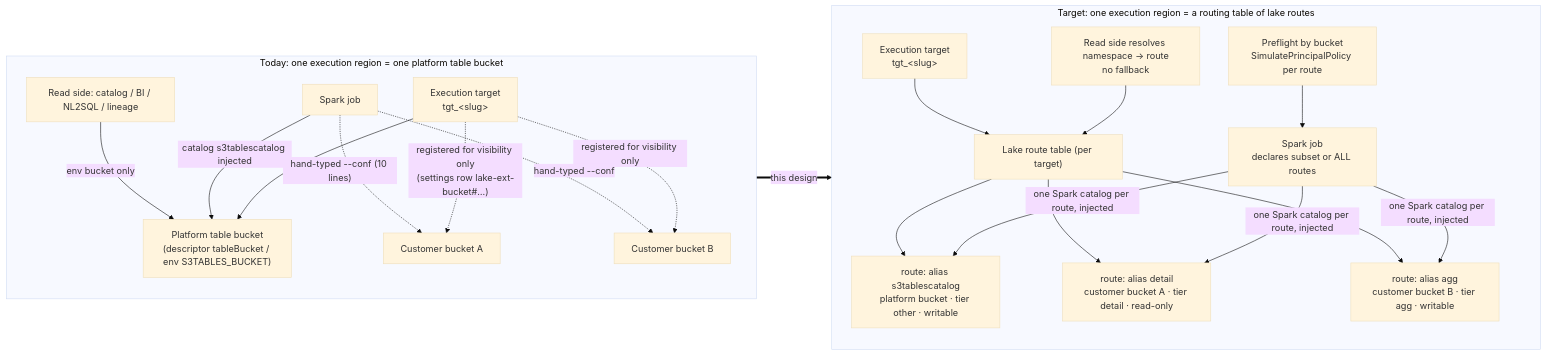
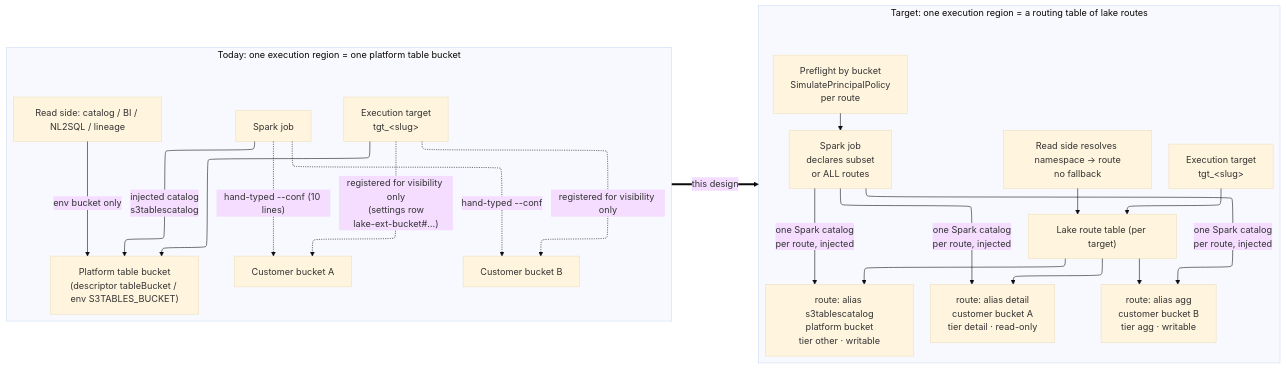
Before and after one commit to aws-samples/sample-kingfisher: the diagram in docs/diagrams/src/lake-binding-current-vs-target.mmd, drawn with Mermaid (base theme). The commit also changed 95 other files, not shown here.

```diff
--- a/docs/diagrams/src/lake-binding-current-vs-target.mmd
+++ b/docs/diagrams/src/lake-binding-current-vs-target.mmd
@@ -1,22 +1,23 @@
+%%{init: {"layout": "elk"}}%%
 flowchart LR
   subgraph CUR["Today: one execution region = one platform table bucket"]
     direction TB
     T1["Execution target<br/>tgt_&lt;slug&gt;"] --> PB1["Platform table bucket<br/>(descriptor tableBucket / env S3TABLES_BUCKET)"]
-    T1 -. "registered for visibility only<br/>(settings row lake-ext-bucket#…)" .-> XB1["Customer bucket A"]
+    T1 -. "registered for visibility only<br/>(settings row<br/>lake-ext-bucket#…)" .-> XB1["Customer bucket A"]
     T1 -. "registered for visibility only" .-> XB2["Customer bucket B"]
-    J1["Spark job"] -->|"catalog s3tablescatalog injected"| PB1
+    J1["Spark job"] -->|"injected catalog<br/>s3tablescatalog"| PB1
     J1 -. "hand-typed --conf (10 lines)" .-> XB1
     J1 -. "hand-typed --conf" .-> XB2
     R1["Read side: catalog / BI / NL2SQL / lineage"] -->|"env bucket only"| PB1
   end
   subgraph TGT["Target: one execution region = a routing table of lake routes"]
     direction TB
     T2["Execution target<br/>tgt_&lt;slug&gt;"] --> RT["Lake route table (per target)"]
-    RT --> P2["route: alias s3tablescatalog<br/>platform bucket · tier other · writable"]
-    RT --> D2["route: alias detail<br/>customer bucket A · tier detail · read-only"]
-    RT --> A2["route: alias agg<br/>customer bucket B · tier agg · writable"]
-    J2["Spark job<br/>declares subset or ALL routes"] -->|"one Spark catalog per route, injected"| P2 & D2 & A2
-    PF["Preflight by bucket<br/>SimulatePrincipalPolicy per route"] --> J2
+    RT --> D2["route: alias detail<br/>customer bucket A<br/>tier detail · read-only"]
+    RT --> A2["route: alias agg<br/>customer bucket B<br/>tier agg · writable"]
+    RT --> P2["route: alias s3tablescatalog<br/>platform bucket<br/>tier other · writable"]
+    J2["Spark job<br/>declares subset<br/>or ALL routes"] -->|"one Spark catalog<br/>per route, injected"| D2 & A2 & P2
+    PF["Preflight by bucket<br/>SimulatePrincipalPolicy<br/>per route"] --> J2
     R2["Read side resolves namespace → route<br/>no fallback"] --> RT
   end
   CUR ==>|"this design"| TGT
```
